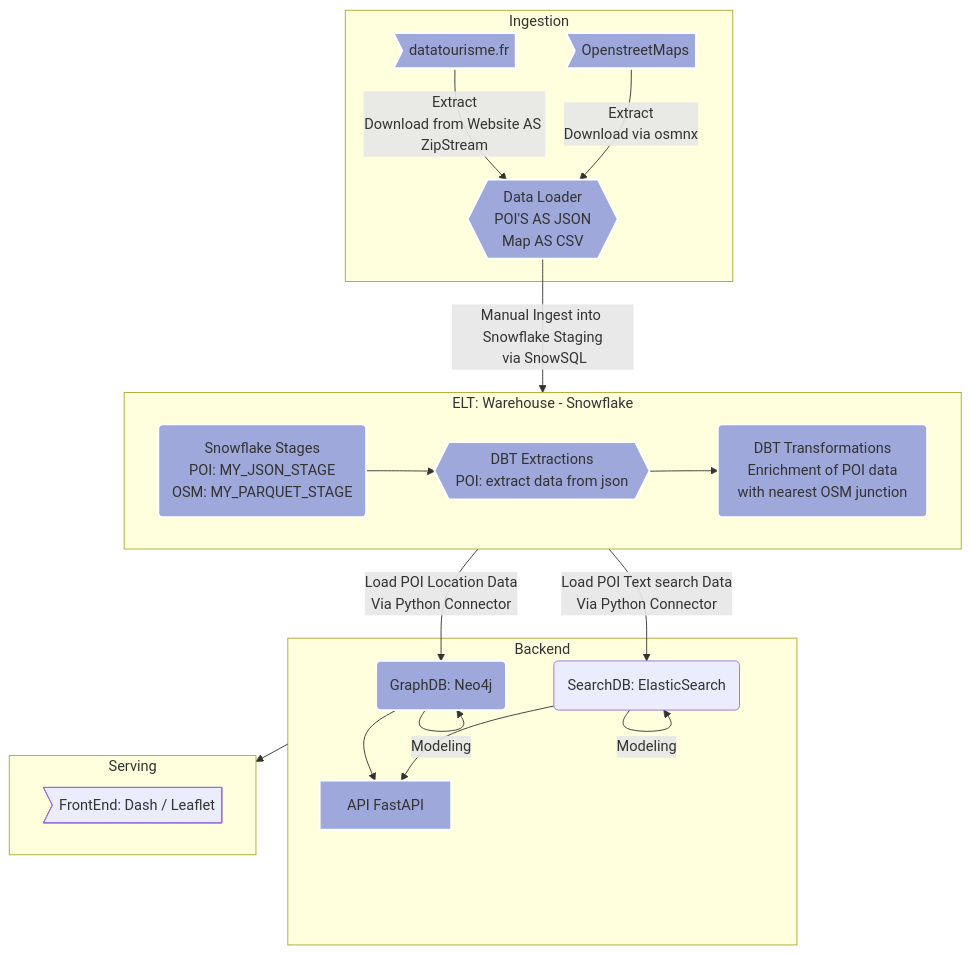
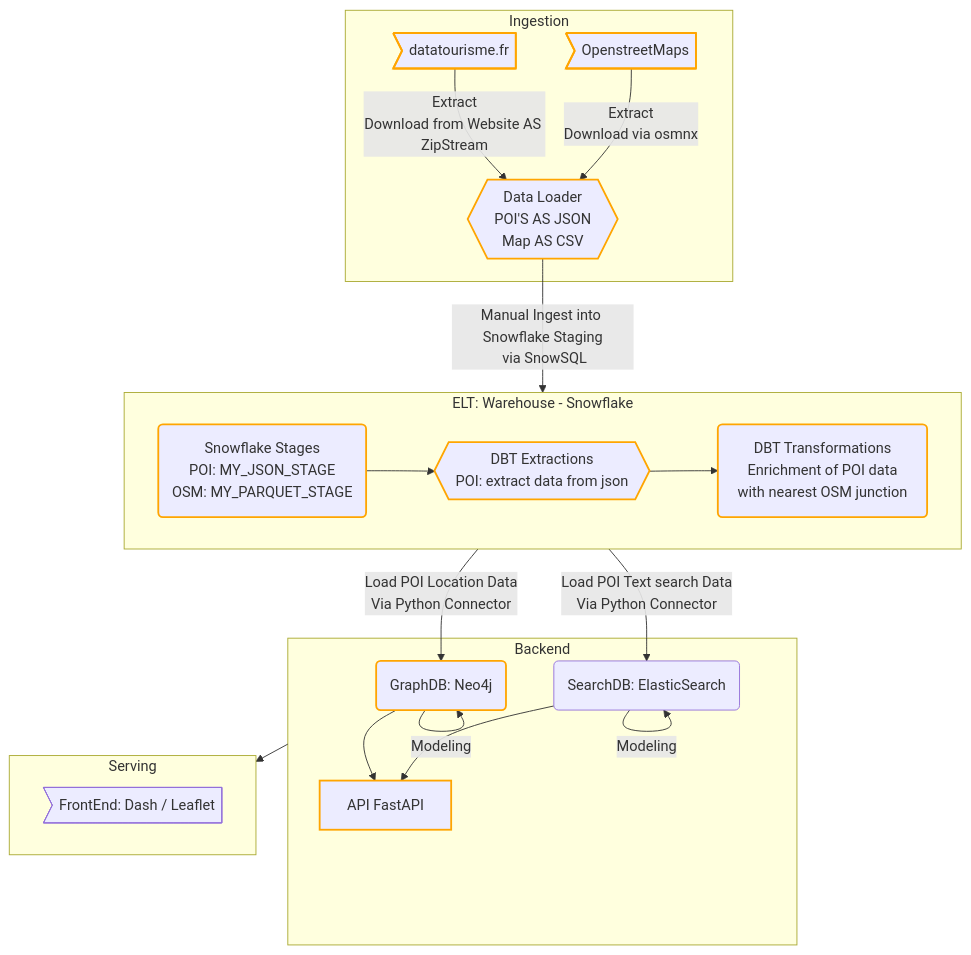
The diagram in README.md (MatthausHaberkorn/de_dbtsnow_poi), drawn with Mermaid before and after one commit.

Commit message:
refactored the mermaid flowchart to new color next version for dark mode

````diff
--- a/README.md
+++ b/README.md
@@ -134,32 +134,32 @@
 ```mermaid
 flowchart TB
     subgraph  id10 [Ingestion]
     id1>datatourisme.fr]-- Extract\nDownload from Website AS ZipStream --> id2{{Data Loader\nPOI'S AS JSON \n Map AS CSV}}
     id3>OpenstreetMaps]-- Extract\n Download via osmnx -->id2
     end
 
     subgraph id14 [ELT: Warehouse - Snowflake]
     id21(Snowflake Stages\n POI: MY_JSON_STAGE\n OSM: MY_PARQUET_STAGE)-->
 
     id22{{DBT Extractions \n POI: extract data from json }}-->
     id23(DBT Transformations\n Enrichment of POI data with nearest OSM junction)
     end
 
     id2 -- Manual Ingest into Snowflake Staging\n via SnowSQL --> id14
     subgraph id12 [Backend]
     id6(GraphDB: Neo4j) --> id7[API FastAPI]
     id8(SearchDB: ElasticSearch) --> id7
     end
 
     id14 -- Load POI Location Data\n Via Python Connector --> id6
     id14 -- Load POI Text search Data\n Via Python Connector  --> id8
     id6 -- Modeling --> id6
     id8 -- Modeling --> id8
     subgraph id13 [Serving]
     id9>FrontEnd: Dash / Leaflet]
     end
     id12 --> id13
 
-classDef myClass fill:#9fa8da,stroke:#fff,stroke-width:2px;
+classDef myClass stroke:#ffa500,stroke-width:2px;
 class id1,id2,id3,id21,id22,id23,id6,id7 myClass;
 ```
````
